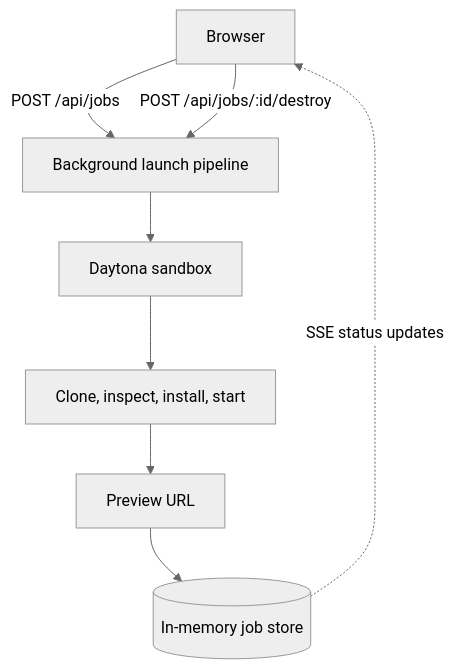
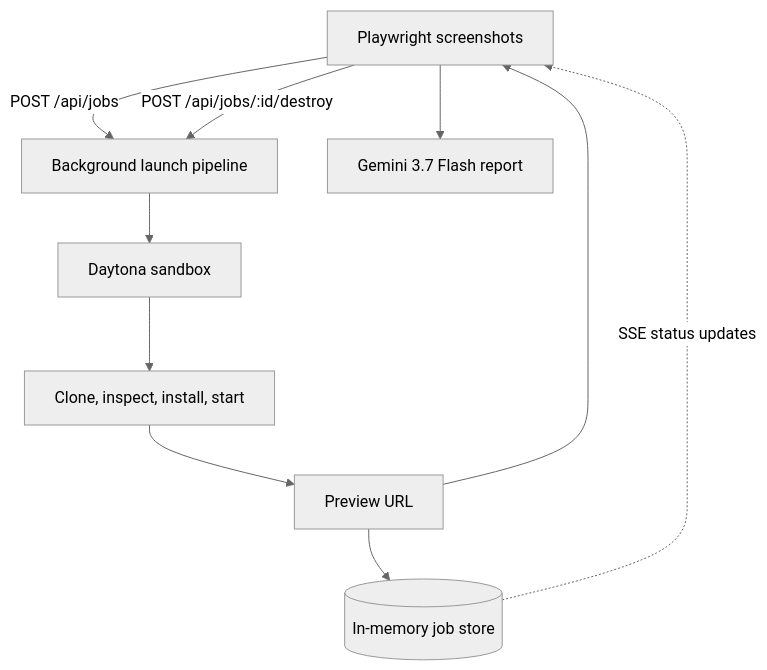
Before and after one commit to statho7/trysdk: the diagram in README.md, drawn with Mermaid (neutral theme). The commit also changed other lines of this file and 13 other files, not shown here.

Commit message:
feat: evaluate previews with Playwright and Gemini

````diff
--- a/README.md
+++ b/README.md
@@ -74,10 +78,12 @@
 ```mermaid
 flowchart TD
     Browser -->|POST /api/jobs| Pipeline[Background launch pipeline]
     Pipeline --> Daytona[Daytona sandbox]
     Daytona --> Clone[Clone, inspect, install, start]
     Clone --> Preview[Preview URL]
+    Preview --> Browser[Playwright screenshots]
+    Browser --> Gemini[Gemini 3.7 Flash report]
     Preview --> Store[(In-memory job store)]
     Store -.->|SSE status updates| Browser
     Browser -->|POST /api/jobs/:id/destroy| Pipeline
 ```
````
